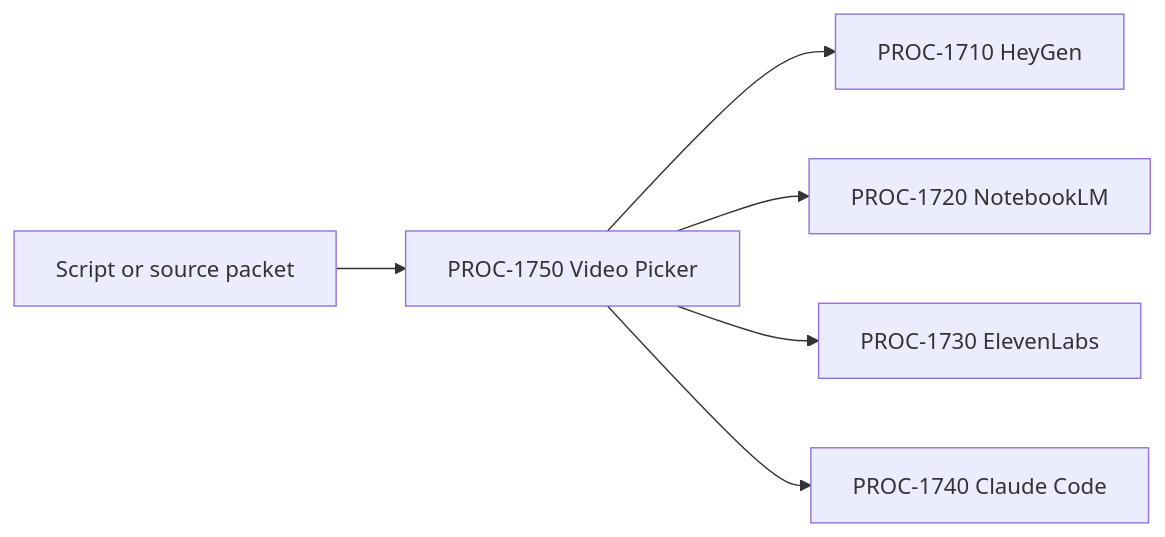
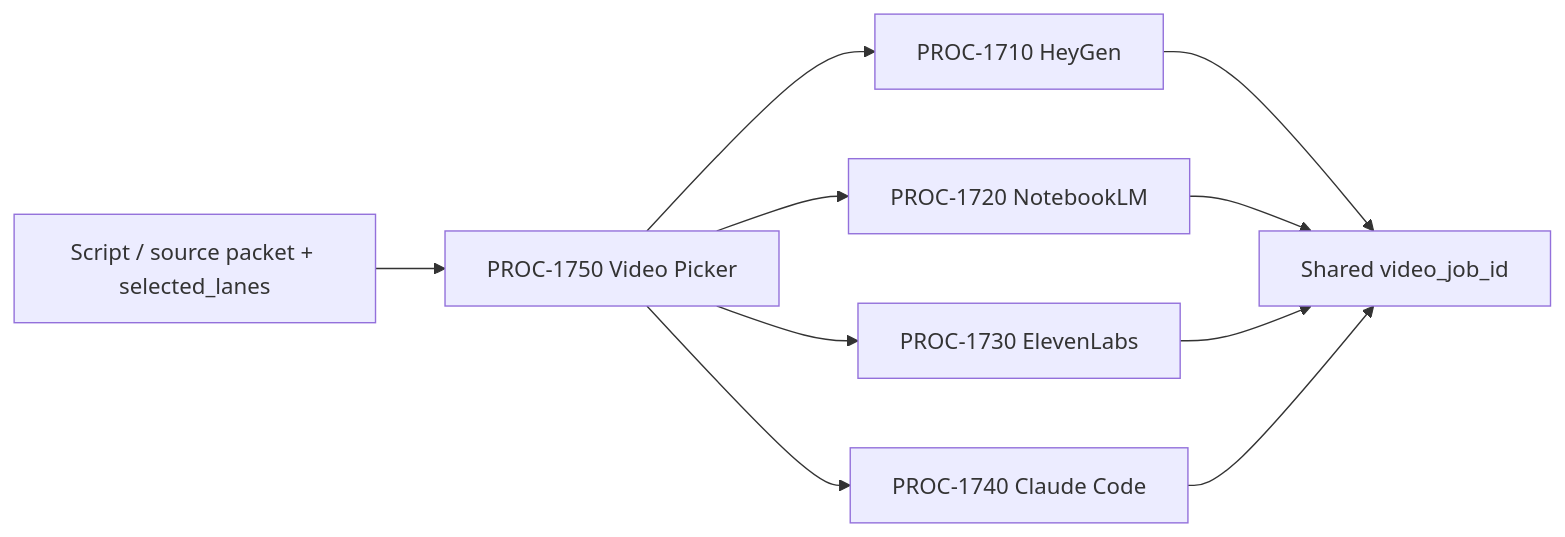
One commit to djb258/Barton-Processes changed the diagram in factory/content/1750-video-picker/PROCESS-UT.md. Above: the diagram before and after it, drawn with Mermaid. The commit also changed other lines of this file and 5 other files, not shown here.

````diff
--- a/factory/content/1750-video-picker/PROCESS-UT.md
+++ b/factory/content/1750-video-picker/PROCESS-UT.md
@@ -50,8 +94,12 @@
 ```mermaid
 flowchart LR
-  SCRIPT[Script or source packet] --> PICKER[PROC-1750 Video Picker]
+  SCRIPT[Script / source packet + selected_lanes] --> PICKER[PROC-1750 Video Picker]
   PICKER --> H[PROC-1710 HeyGen]
   PICKER --> N[PROC-1720 NotebookLM]
   PICKER --> E[PROC-1730 ElevenLabs]
   PICKER --> C[PROC-1740 Claude Code]
+  H --> JOB[Shared video_job_id]
+  N --> JOB
+  E --> JOB
+  C --> JOB
 ```
````
